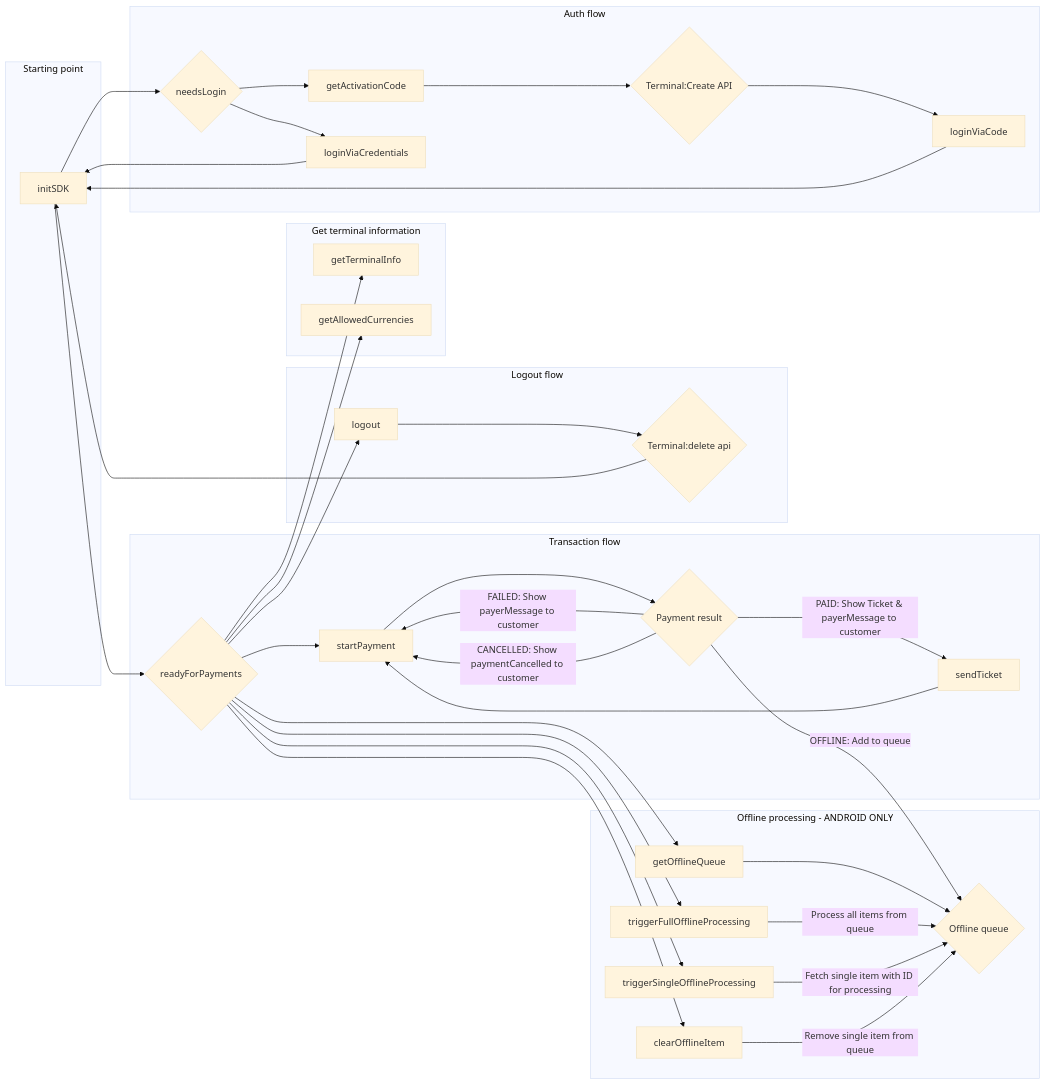
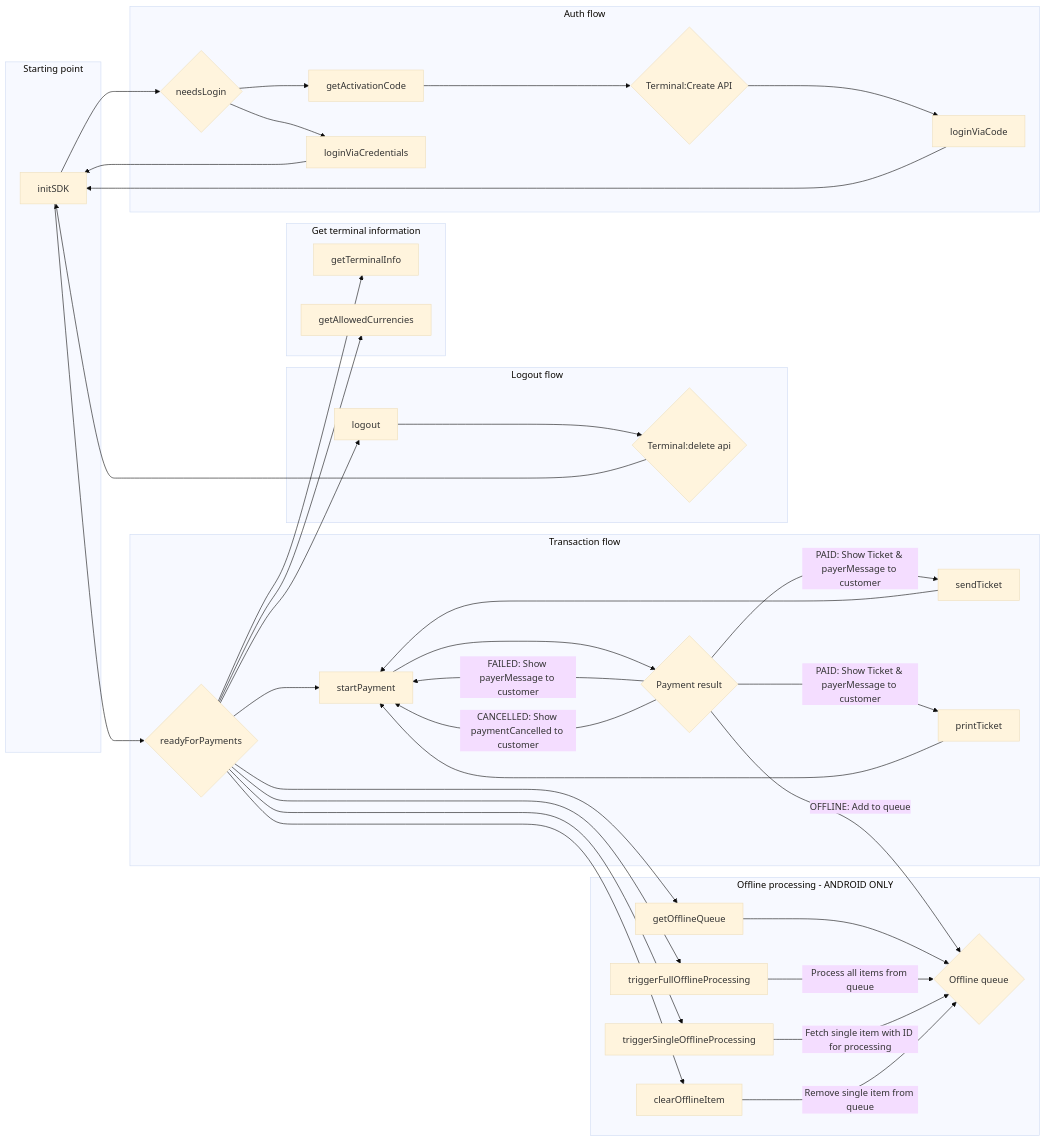
Before and after one commit to paynl/POS.SDK: the diagram in docs/sdk-react-native.md, drawn with Mermaid (base theme). The commit also changed other lines of this file and 4 other files, not shown here.

````diff
--- a/docs/sdk-react-native.md
+++ b/docs/sdk-react-native.md
@@ -195,49 +221,51 @@
 ```mermaid
 flowchart LR;
   subgraph Starting point
   A[initSDK]
   end
 
   subgraph Transaction flow
   A --> B{readyForPayments}
   B --> F[startPayment]
   F --> H{Payment result}
   H --> |PAID: Show Ticket & payerMessage to customer| N
+  H --> |PAID: Show Ticket & payerMessage to customer| T
   N[sendTicket] --> F
+  T[printTicket] --> F
   H --> |FAILED: Show payerMessage to customer| F
   H --> |CANCELLED: Show paymentCancelled to customer| F
   end
 
   subgraph Get terminal information
   B --> I[getTerminalInfo]
   B --> J[getAllowedCurrencies]
   end
 
   subgraph Auth flow
   A --> M{needsLogin}
   M --> C[getActivationCode]
   C --> D{Terminal:Create API}
   D --> E[loginViaCode]
   E --> A
   M --> G[loginViaCredentials]
   G --> A
   end
   
   subgraph Logout flow
   B --> K[logout]
   K --> L{Terminal:delete api}
   L --> A
   end
 
   subgraph Offline processing - ANDROID ONLY
   H -->|OFFLINE: Add to queue| O{Offline queue}
   B --> P[getOfflineQueue]
   P --> O
   B --> Q[triggerFullOfflineProcessing]
   Q -->|Process all items from queue| O
   B --> R[triggerSingleOfflineProcessing]
   R -->|Fetch single item with ID for processing| O
   B --> S[clearOfflineItem]
   S -->|Remove single item from queue| O
   end
 ```
````
